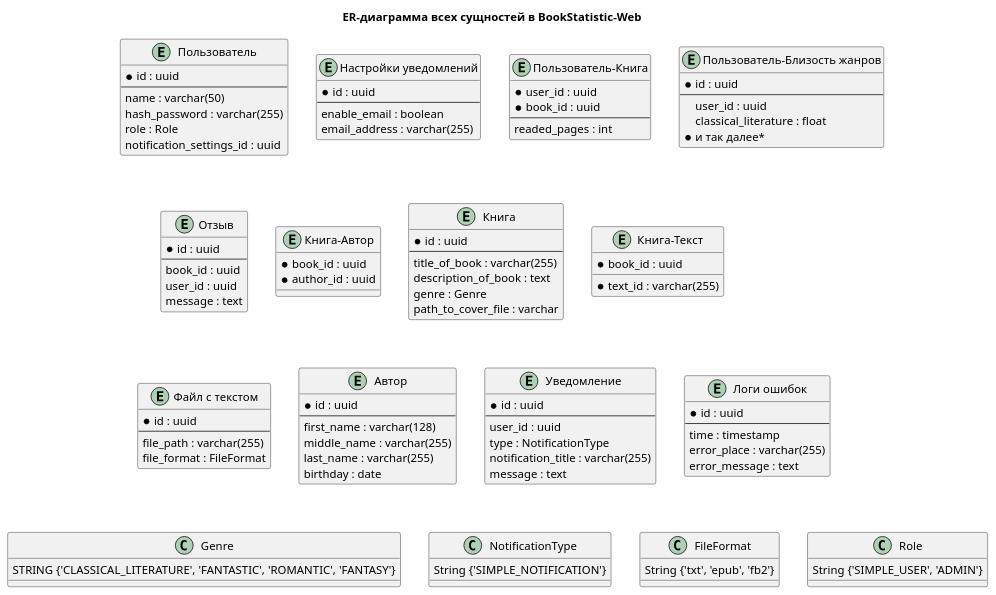
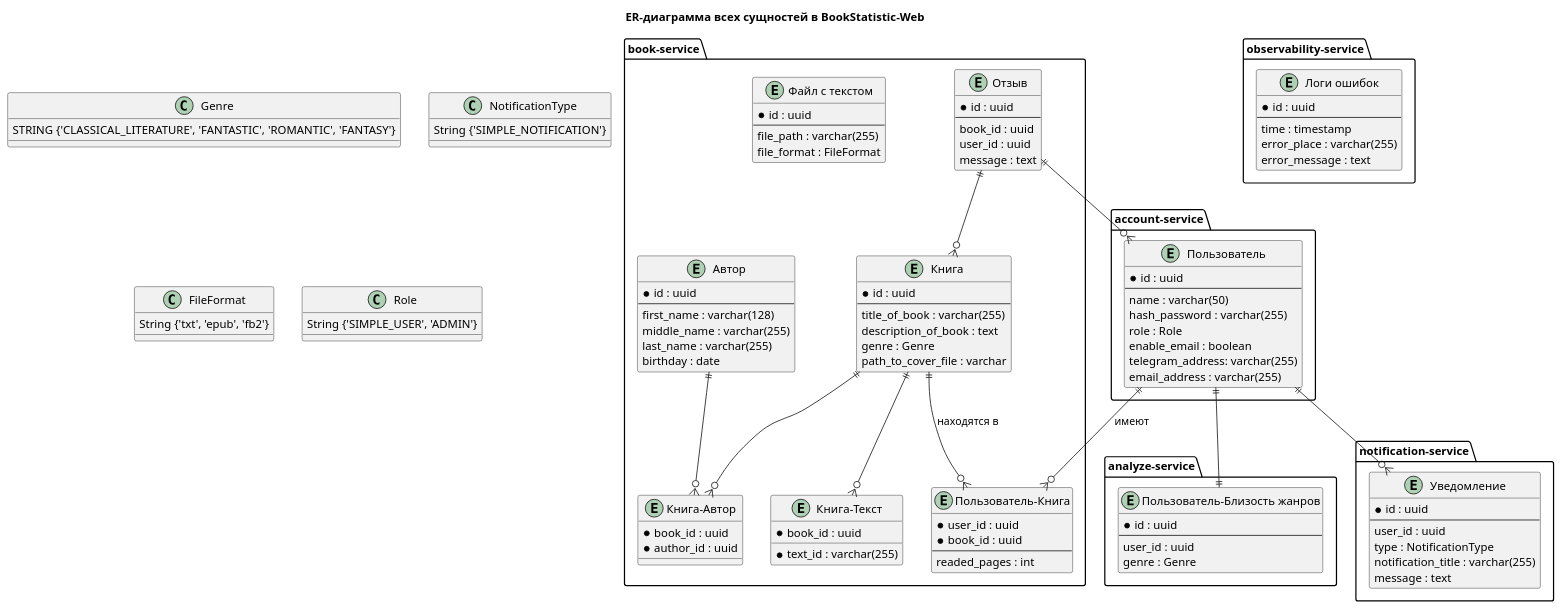
One commit to Jb192101/BookStatistic-Web changed the diagram in documentation/ER-diagramm.puml. Above: the diagram before and after it, drawn with PlantUML. The commit also changed 1 other file, not shown here.

```diff
--- a/documentation/ER-diagramm.puml
+++ b/documentation/ER-diagramm.puml
@@ -1,105 +1,118 @@
 @startuml
 
 title ER-диаграмма всех сущностей в BookStatistic-Web
 
-entity "Пользователь" as user {
-    *id : uuid
-    ---
-    name : varchar(50)
-    hash_password : varchar(255)
-    role : Role
-    notification_settings_id : uuid
+package "account-service" {
+    entity "Пользователь" as user {
+        *id : uuid
+        ---
+        name : varchar(50)
+        hash_password : varchar(255)
+        role : Role
+        enable_email : boolean
+        telegram_address: varchar(255)
+        email_address : varchar(255)
+    }
 }
 
-entity "Настройки уведомлений" as notification_settings {
-    *id : uuid
-    ---
-    enable_email : boolean
-    email_address : varchar(255)
+package "book-service" {
+    entity "Пользователь-Книга" as user_book {
+        *user_id : uuid
+        *book_id : uuid
+        ---
+        readed_pages : int
+    }
+
+    entity "Отзыв" as response {
+        *id : uuid
+        ---
+        book_id : uuid
+        user_id : uuid
+        message : text
+    }
+
+    entity "Книга-Автор" as book_author {
+        *book_id : uuid
+        *author_id : uuid
+    }
+
+    entity "Книга" as book {
+        *id : uuid
+        ---
+        title_of_book : varchar(255)
+        description_of_book : text
+        genre : Genre
+        path_to_cover_file : varchar
+    }
+
+    ' Текст будет храниться в S3
+    entity "Книга-Текст" as book_text {
+        *text_id : varchar(255)
+        *book_id : uuid
+    }
+
+    entity "Файл с текстом" as text_file {
+        *id : uuid
+        ---
+        file_path : varchar(255)
+        file_format : FileFormat
+    }
+
+    entity "Автор" as author {
+        *id : uuid
+        ---
+        first_name : varchar(128)
+        middle_name : varchar(255)
+        last_name : varchar(255)
+        birthday : date
+    }
 }
 
-entity "Пользователь-Книга" as user_book {
-    *user_id : uuid
-    *book_id : uuid
-    ---
-    readed_pages : int
+package "analyze-service" {
+    entity "Пользователь-Близость жанров" as user_genre_preferences {
+        *id : uuid
+        ---
+        user_id : uuid
+        genre : Genre
+    }
 }
 
-entity "Пользователь-Близость жанров" as user_genre {
-    *id : uuid
-    ---
-    user_id : uuid
-    classical_literature : float
-    *и так далее*
+package "notification-service" {
+    entity "Уведомление" as notification {
+        *id : uuid
+        ---
+        user_id : uuid
+        type : NotificationType
+        notification_title : varchar(255)
+        message : text
+    }
 }
 
-entity "Отзыв" as response {
-    *id : uuid
-    ---
-    book_id : uuid
-    user_id : uuid
-    message : text
-}
-
-entity "Книга-Автор" as book_author {
-    *book_id : uuid
-    *author_id : uuid
-}
-
-entity "Книга" as book {
-    *id : uuid
-    ---
-    title_of_book : varchar(255)
-    description_of_book : text
-    genre : Genre
-    path_to_cover_file : varchar
-}
-
-' Текст будет храниться в S3
-entity "Книга-Текст" as book_text {
-    *text_id : varchar(255)
-    *book_id : uuid
-}
-
-entity "Файл с текстом" as text_file {
-    *id : uuid
-    ---
-    file_path : varchar(255)
-    file_format : FileFormat
-}
-
-entity "Автор" as author {
-    *id : uuid
-    ---
-    first_name : varchar(128)
-    middle_name : varchar(255)
-    last_name : varchar(255)
-    birthday : date
-}
-
-entity "Уведомление" as notification {
-    *id : uuid
-    ---
-    user_id : uuid
-    type : NotificationType
-    notification_title : varchar(255)
-    message : text
-}
-
-entity "Логи ошибок" as error_logs {
-    *id : uuid
-    ---
-    time : timestamp
-    error_place : varchar(255)
-    error_message : text
+package "observability-service" {
+    entity "Логи ошибок" as error_logs {
+        *id : uuid
+        ---
+        time : timestamp
+        error_place : varchar(255)
+        error_message : text
+    }
 }
 
 ' Типы данных
 Genre : STRING {'CLASSICAL_LITERATURE', 'FANTASTIC', 'ROMANTIC', 'FANTASY'}
 NotificationType : String {'SIMPLE_NOTIFICATION'}
 FileFormat : String {'txt', 'epub', 'fb2'}
 Role : String {'SIMPLE_USER', 'ADMIN'}
 
 ' Связи
+user ||--o{ user_book : "имеют"
+book ||--o{ user_book : "находятся в"
+user ||--|| user_genre_preferences
+book ||--o{ book_author
+author ||--o{ book_author
+book ||--o{ book_text
+response ||--o{ user
+response ||--o{ book
+user ||--o{ notification
 
 @enduml
```
